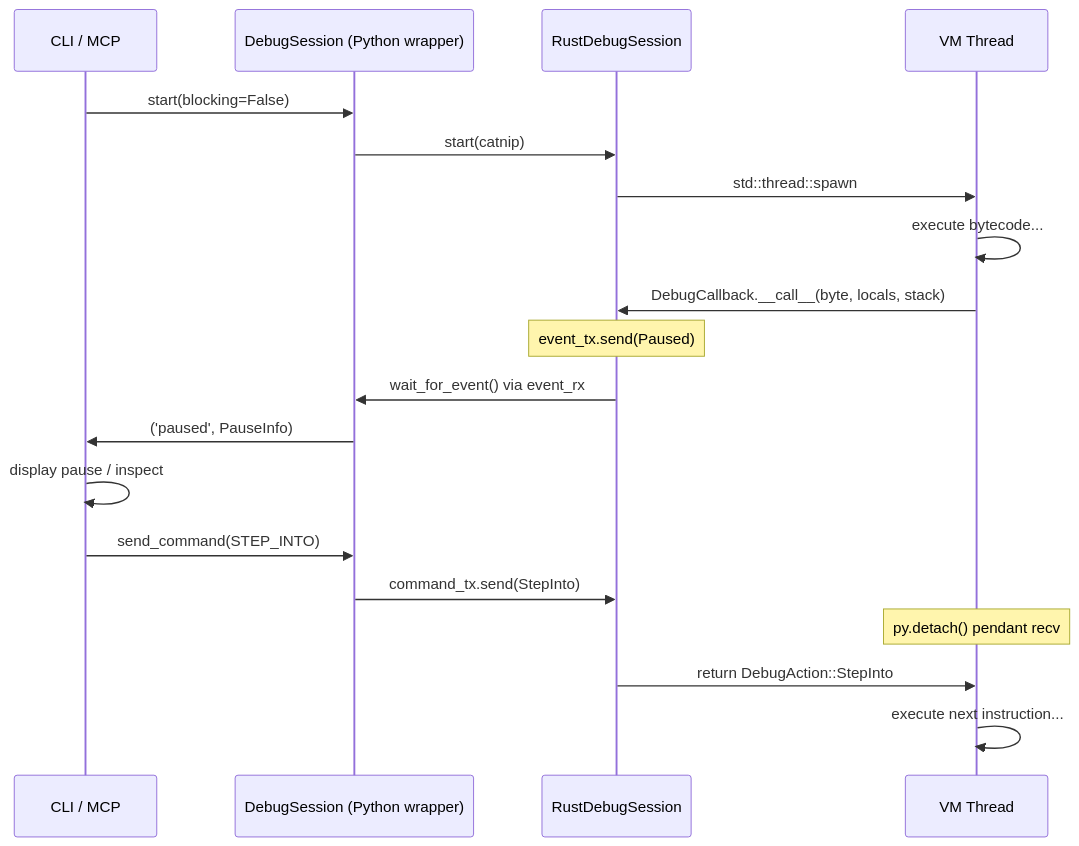
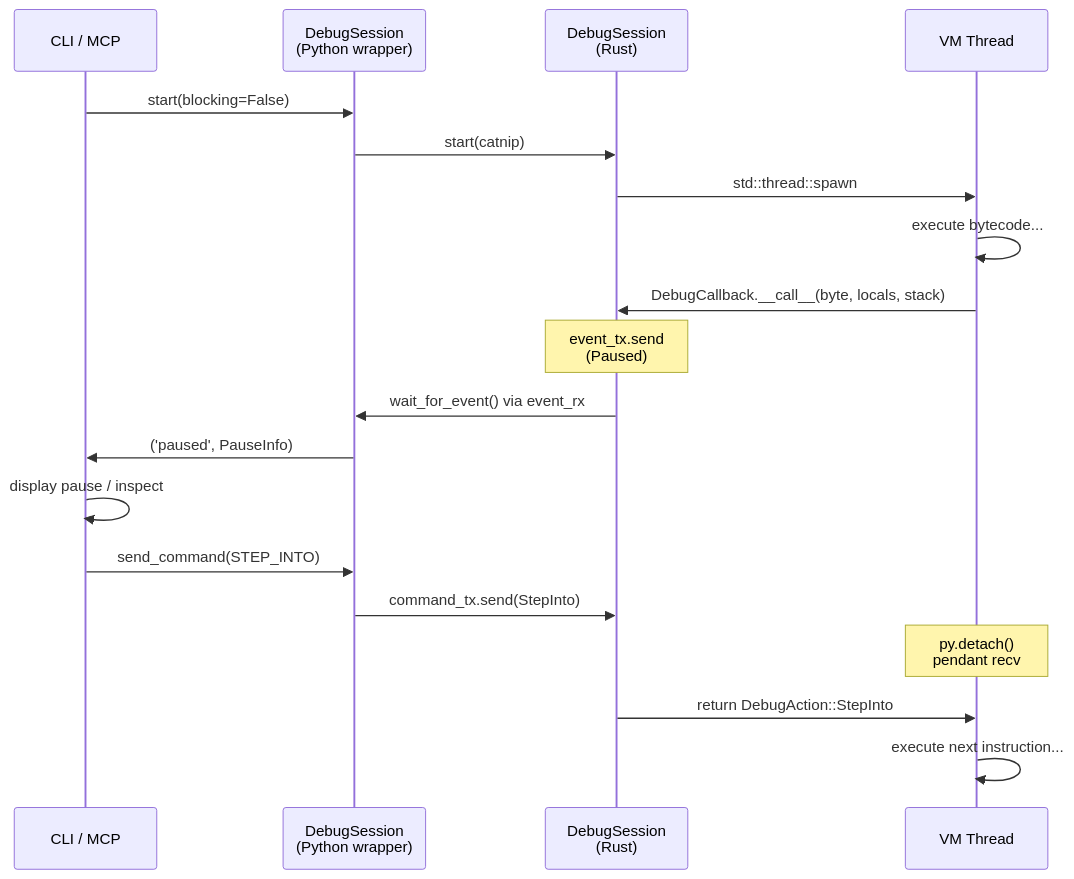
One commit to aristofor/catnip changed the diagram in docs/tools/debug.md. Above: the diagram before and after it, drawn with Mermaid. The commit also changed other lines of this file and 729 other files, not shown here.

````diff
--- a/docs/tools/debug.md
+++ b/docs/tools/debug.md
@@ -187,22 +222,22 @@
 ```mermaid
 sequenceDiagram
     participant CLI as CLI / MCP
-    participant DS as DebugSession (Python wrapper)
-    participant RS as RustDebugSession
+    participant DS as DebugSession<br/>(Python wrapper)
+    participant RS as DebugSession<br/>(Rust)
     participant VM as VM Thread
 
     CLI->>DS: start(blocking=False)
     DS->>RS: start(catnip)
     RS->>VM: std::thread::spawn
     VM->>VM: execute bytecode...
     VM->>RS: DebugCallback.__call__(byte, locals, stack)
-    Note over RS: event_tx.send(Paused)
+    Note over RS: event_tx.send<br/>(Paused)
     RS->>DS: wait_for_event() via event_rx
     DS->>CLI: ('paused', PauseInfo)
     CLI->>CLI: display pause / inspect
     CLI->>DS: send_command(STEP_INTO)
     DS->>RS: command_tx.send(StepInto)
-    Note over VM: py.detach() pendant recv
+    Note over VM: py.detach()<br/>pendant recv
     RS->>VM: return DebugAction::StepInto
     VM->>VM: execute next instruction...
 ```
````
